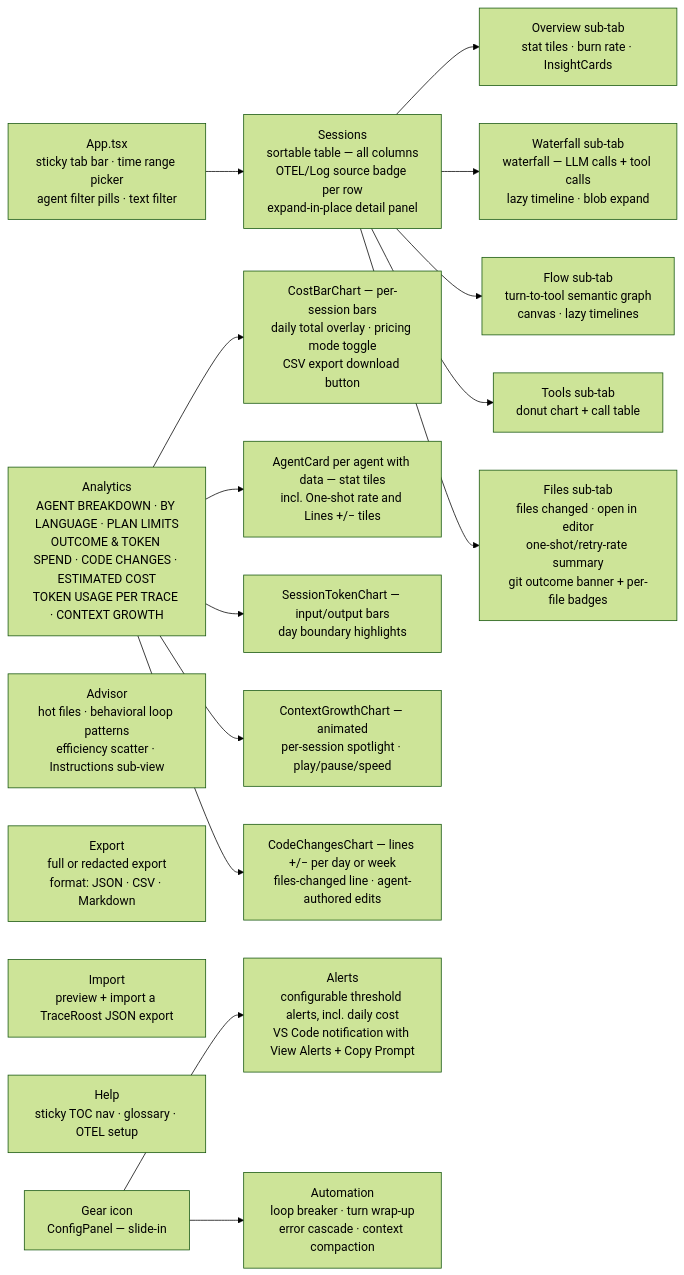
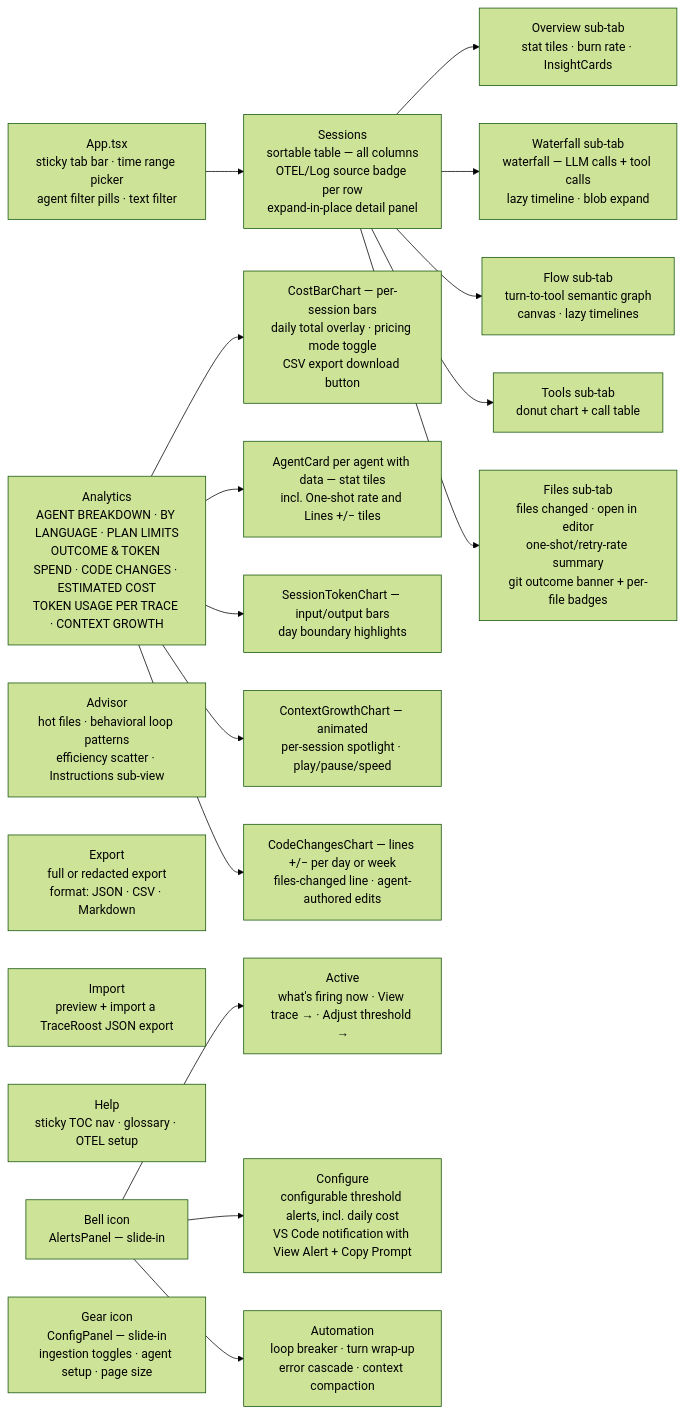
Before and after one commit to traceroost/core: diagram 14 of 20 in ARCHITECTURE.md, drawn with Mermaid (forest theme). The commit also changed other lines of this file, not shown here.

First line of the commit message:
Docs: audit ARCHITECTURE.md §§9–15 and the File Map against the code

````diff
--- a/ARCHITECTURE.md
+++ b/ARCHITECTURE.md
@@ -878,26 +878,28 @@
 ```mermaid
 graph LR
     APP[App.tsx<br/>sticky tab bar · time range picker<br/>agent filter pills · text filter] --> T1
 
     T1[Sessions<br/>sortable table — all columns<br/>OTEL/Log source badge per row<br/>expand-in-place detail panel]
     T1 --> D1[Overview sub-tab<br/>stat tiles · burn rate · InsightCards]
     T1 --> D2[Waterfall sub-tab<br/>waterfall — LLM calls + tool calls<br/>lazy timeline · blob expand]
     T1 --> D3[Flow sub-tab<br/>turn-to-tool semantic graph<br/>canvas · lazy timelines]
     T1 --> D4[Tools sub-tab<br/>donut chart + call table]
     T1 --> D5[Files sub-tab<br/>files changed · open in editor<br/>one-shot/retry-rate summary<br/>git outcome banner + per-file badges]
 
     T2[Analytics<br/>AGENT BREAKDOWN · BY LANGUAGE · PLAN LIMITS<br/>OUTCOME & TOKEN SPEND · CODE CHANGES · ESTIMATED COST<br/>TOKEN USAGE PER TRACE · CONTEXT GROWTH]
     T2 --> A1[CostBarChart — per-session bars<br/>daily total overlay · pricing mode toggle<br/>CSV export download button]
     T2 --> A2[AgentCard per agent with data — stat tiles<br/>incl. One-shot rate and Lines +/− tiles]
     T2 --> A3[SessionTokenChart — input/output bars<br/>day boundary highlights]
     T2 --> A4[ContextGrowthChart — animated<br/>per-session spotlight · play/pause/speed]
     T2 --> A5[CodeChangesChart — lines +/− per day or week<br/>files-changed line · agent-authored edits]
 
     T3[Advisor<br/>hot files · behavioral loop patterns<br/>efficiency scatter · Instructions sub-view]
     T4[Export<br/>full or redacted export<br/>format: JSON · CSV · Markdown]
     T5[Import<br/>preview + import a TraceRoost JSON export]
     T6[Help<br/>sticky TOC nav · glossary · OTEL setup]
 
-    GEAR[Gear icon<br/>ConfigPanel — slide-in] --> S1[Alerts<br/>configurable threshold alerts, incl. daily cost<br/>VS Code notification with View Alerts + Copy Prompt]
-    GEAR --> S2[Automation<br/>loop breaker · turn wrap-up<br/>error cascade · context compaction]
+    BELL[Bell icon<br/>AlertsPanel — slide-in] --> S0[Active<br/>what's firing now · View trace → · Adjust threshold →]
+    BELL --> S1[Configure<br/>configurable threshold alerts, incl. daily cost<br/>VS Code notification with View Alert + Copy Prompt]
+    BELL --> S2[Automation<br/>loop breaker · turn wrap-up<br/>error cascade · context compaction]
+    GEAR[Gear icon<br/>ConfigPanel — slide-in<br/>ingestion toggles · agent setup · page size]
 ```
````
